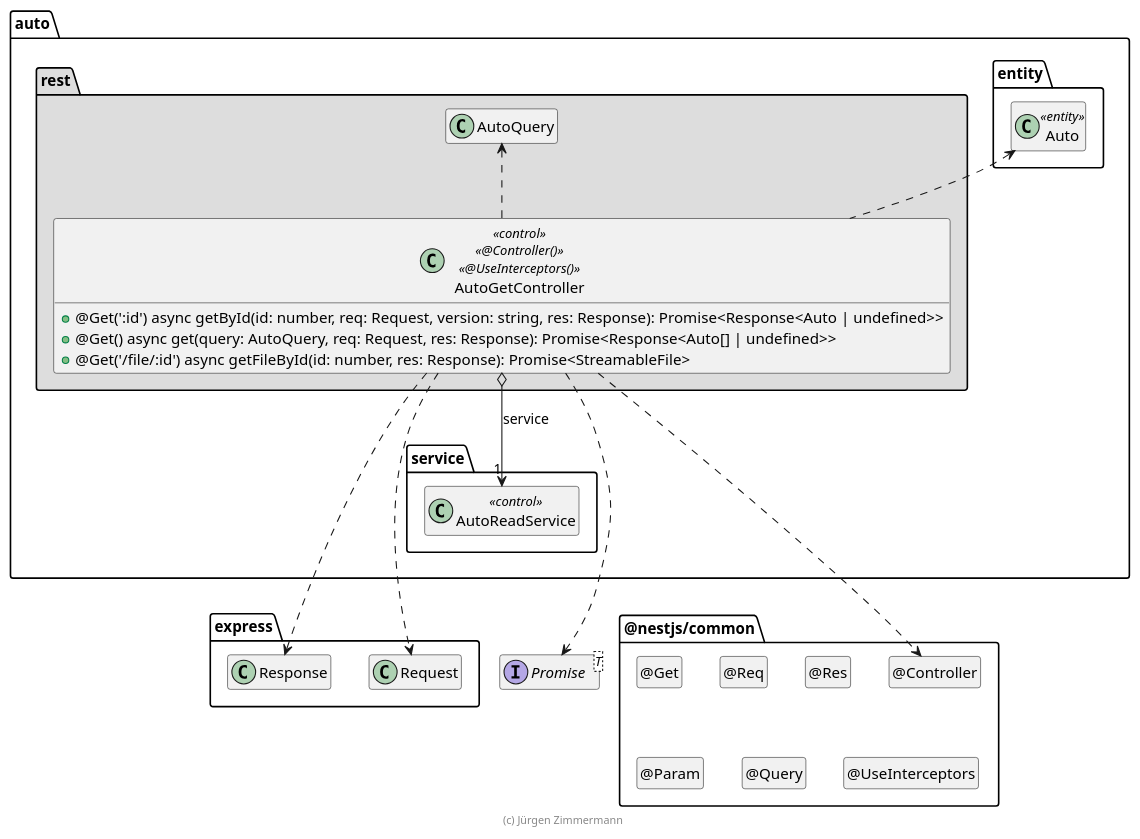
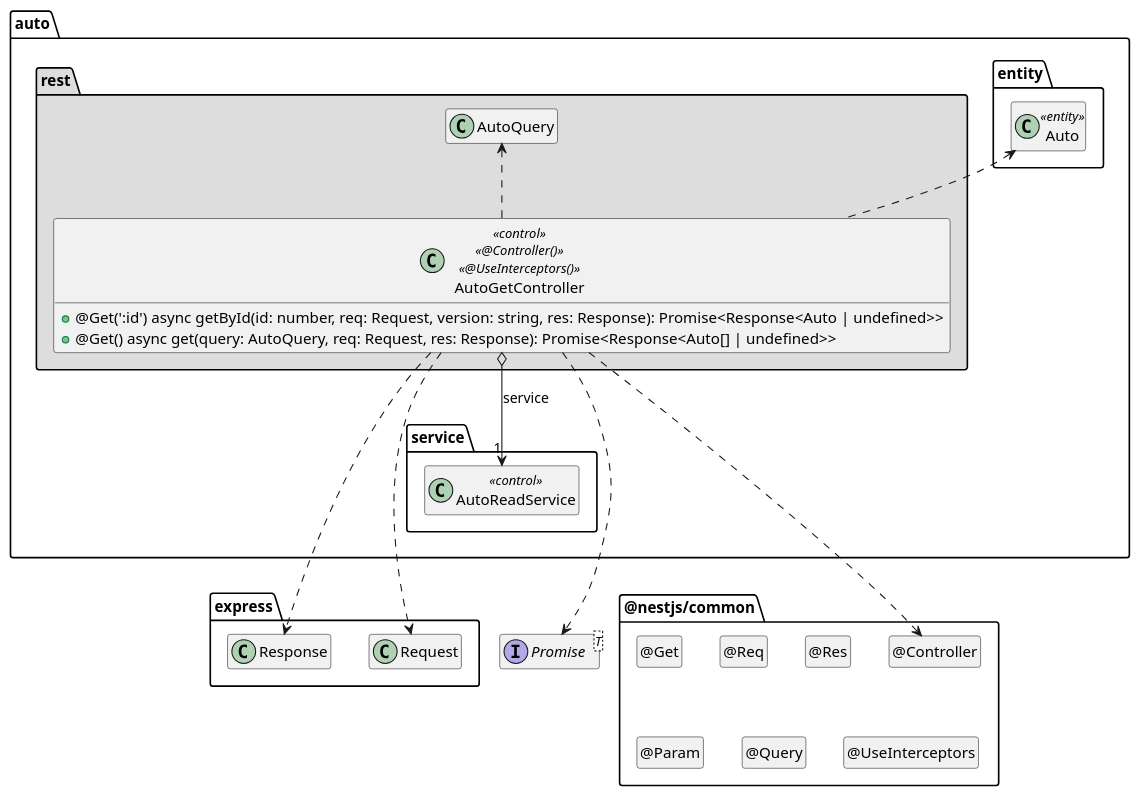
Before and after one commit to JBones35/auto: the diagram in .extras/doc/projekthandbuch/AutoGetController.plantuml, drawn with PlantUML. The commit also changed 8 other files, not shown here.

Commit message:
plant-uml nachbesserungen am 29.04

```diff
--- a/.extras/doc/projekthandbuch/AutoGetController.plantuml
+++ b/.extras/doc/projekthandbuch/AutoGetController.plantuml
@@ -1,72 +1,69 @@
 @startuml Controller-Klasse
 
 interface Promise<T>
 
 package @nestjs/common {
   class "@Controller" as Controller
   hide Controller circle
 
   class "@Get" as Get
   hide Get circle
 
   class "@Req" as Req
   hide Req circle
 
   class "@Res" as Res
   hide Res circle
 
   class "@Param" as Param
   hide Param circle
 
   class "@Query" as Query
   hide Query circle
 
   class "@UseInterceptors" as UseInterceptors
   hide UseInterceptors circle
 }
 
 package express {
   class Request
   class Response
 
   Response .[hidden].> Controller
 }
 
 package auto {
   package entity #FFFFFF {
     class Auto <<entity>>
   }
 
   package service {
     class AutoReadService << control >>
   }
 
   package rest #DDDDDD {
     class AutoQuery
 
     class AutoGetController <<control>> <<@Controller()>> <<@UseInterceptors()>> {
       + @Get(':id') async getById(id: number, req: Request, version: string, res: Response): Promise<Response<Auto | undefined>>
       + @Get() async get(query: AutoQuery, req: Request, res: Response): Promise<Response<Auto[] | undefined>>
-      + @Get('/file/:id') async getFileById(id: number, res: Response): Promise<StreamableFile>
     }
 
     AutoGetController o--> "1" AutoReadService : service
 
     AutoGetController ..> Controller
     AutoGetController ..> Request
     AutoGetController ..> Response
     AutoGetController ..> Promise
     AutoGetController .up.> Auto
     AutoGetController .up.> AutoQuery
 
     AutoReadService .[hidden].> Request
     AutoReadService .[hidden].> Promise
     Response .right[hidden].> Controller
   }
 }
 
 hide empty members
 
-footer (c) Jürgen Zimmermann
-
 @enduml
```
